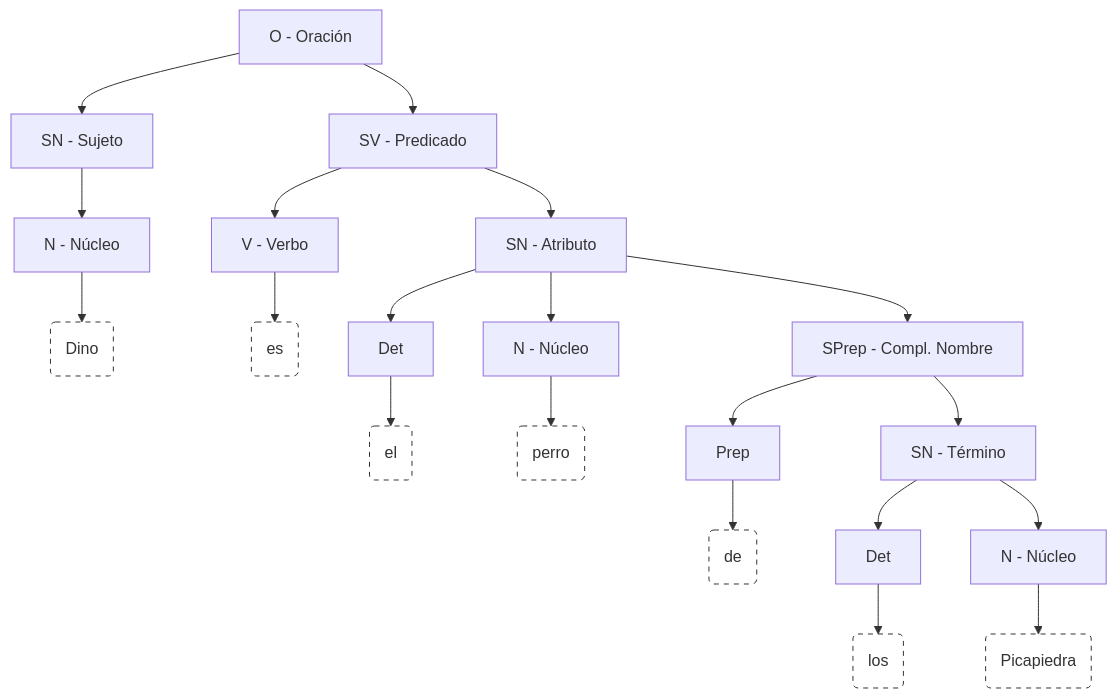
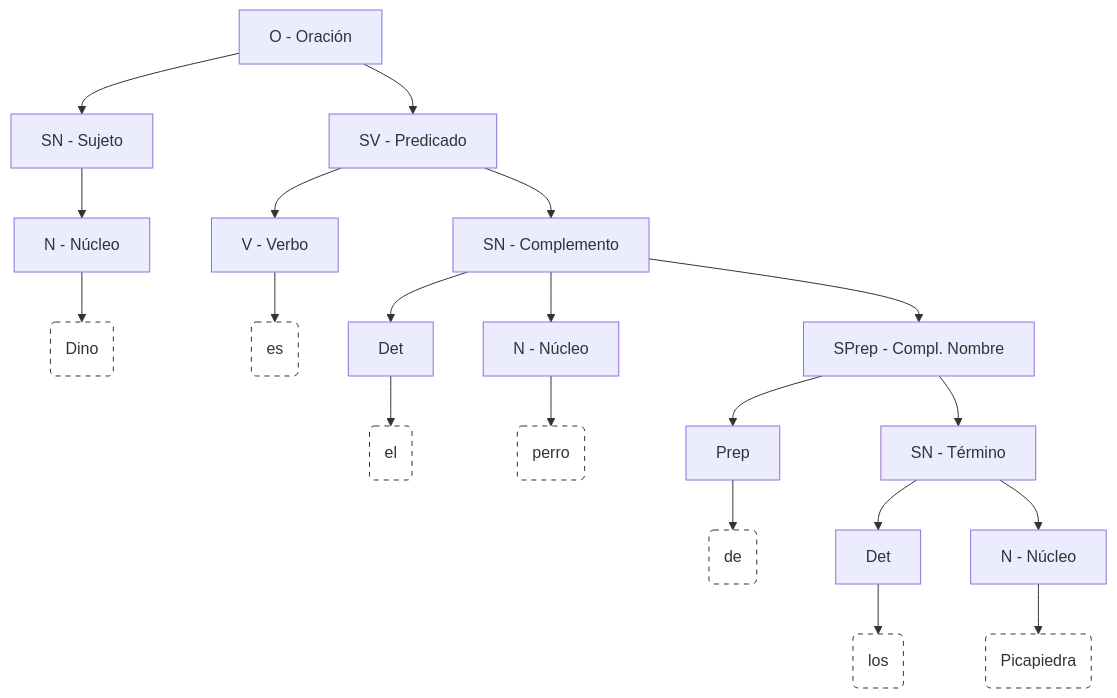
The first of 3 diagrams in lessons/mod1/clase1.md (discretas1-udea/discretas1-udea-20261), drawn with Mermaid before and after one commit. The commit also changed other lines of this file and 1 other file, not shown here.

````diff
--- a/lessons/mod1/clase1.md
+++ b/lessons/mod1/clase1.md
@@ -31,45 +31,45 @@
 ```mermaid
 graph TD
     %% Nivel Superior: Oración
     O[O - Oración] --> SN1[SN - Sujeto]
     O --> SV[SV - Predicado]
 
     %% Sujeto
     SN1 --> N1[N - Núcleo]
     N1 --> w1("Dino")
 
     %% Predicado
     SV --> V[V - Verbo]
-    SV --> SN2[SN - Atributo]
+    SV --> SN2[SN - Complemento]
     
     V --> w2("es")
 
     %% Atributo (el perro de los Picapiedra)
     SN2 --> Det1[Det]
     SN2 --> N2[N - Núcleo]
     SN2 --> SPrep[SPrep - Compl. Nombre]
     
     Det1 --> w3("el")
     N2 --> w4("perro")
 
     %% Complemento (de los Picapiedra)
     SPrep --> Prep[Prep]
     SPrep --> SN3[SN - Término]
     
     Prep --> w5("de")
     
     SN3 --> Det2[Det]
     SN3 --> N3[N - Núcleo]
     
     Det2 --> w6("los")
     N3 --> w7("Picapiedra")
 
     %% Estilos (Cajas punteadas para las palabras)
     style w1 fill:#fff,stroke:#333,stroke-dasharray: 5 5
     style w2 fill:#fff,stroke:#333,stroke-dasharray: 5 5
     style w3 fill:#fff,stroke:#333,stroke-dasharray: 5 5
     style w4 fill:#fff,stroke:#333,stroke-dasharray: 5 5
     style w5 fill:#fff,stroke:#333,stroke-dasharray: 5 5
     style w6 fill:#fff,stroke:#333,stroke-dasharray: 5 5
     style w7 fill:#fff,stroke:#333,stroke-dasharray: 5 5
 ```
````
